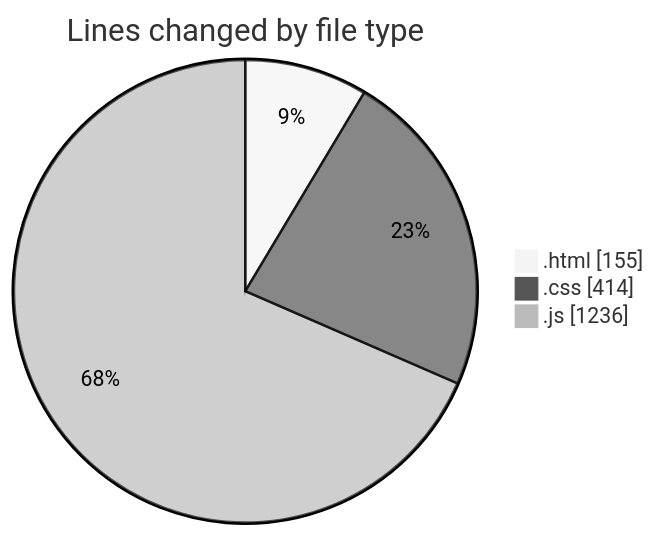
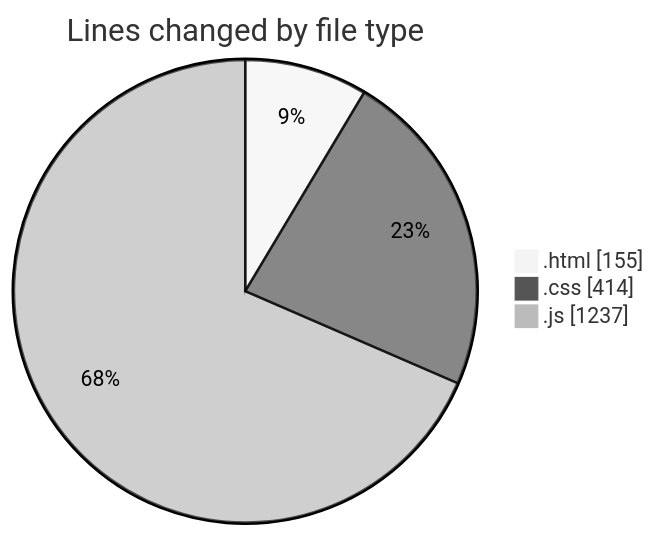
The first of 2 diagrams in 2025-03-03/snake-game/README.md (robertbonfada/code-tracking), drawn with Mermaid (neutral theme) before and after one commit. The commit also changed other lines of this file and 1 other file, not shown here.

````diff
--- a/2025-03-03/snake-game/README.md
+++ b/2025-03-03/snake-game/README.md
@@ -23,7 +24,7 @@
 ```mermaid
 pie showData
 title Lines changed by file type
 ".html" : 155
 ".css" : 414
-".js" : 1236
+".js" : 1237
 ```
````
